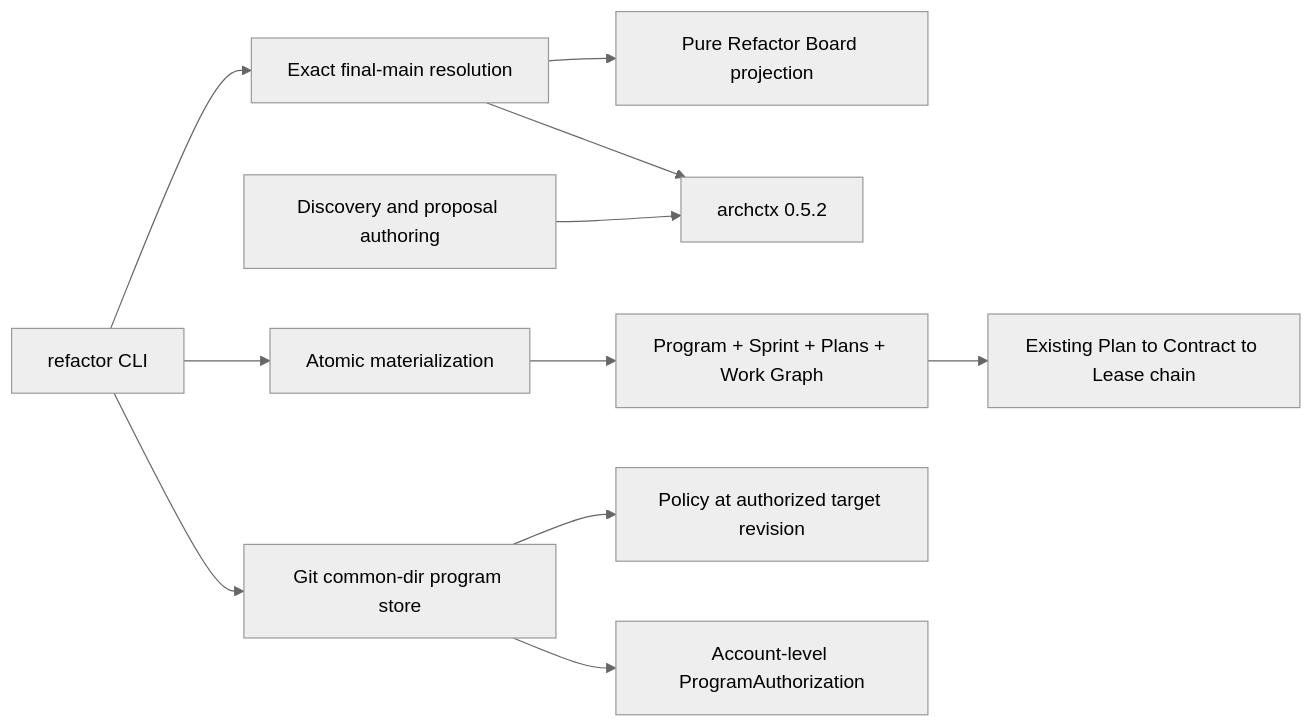
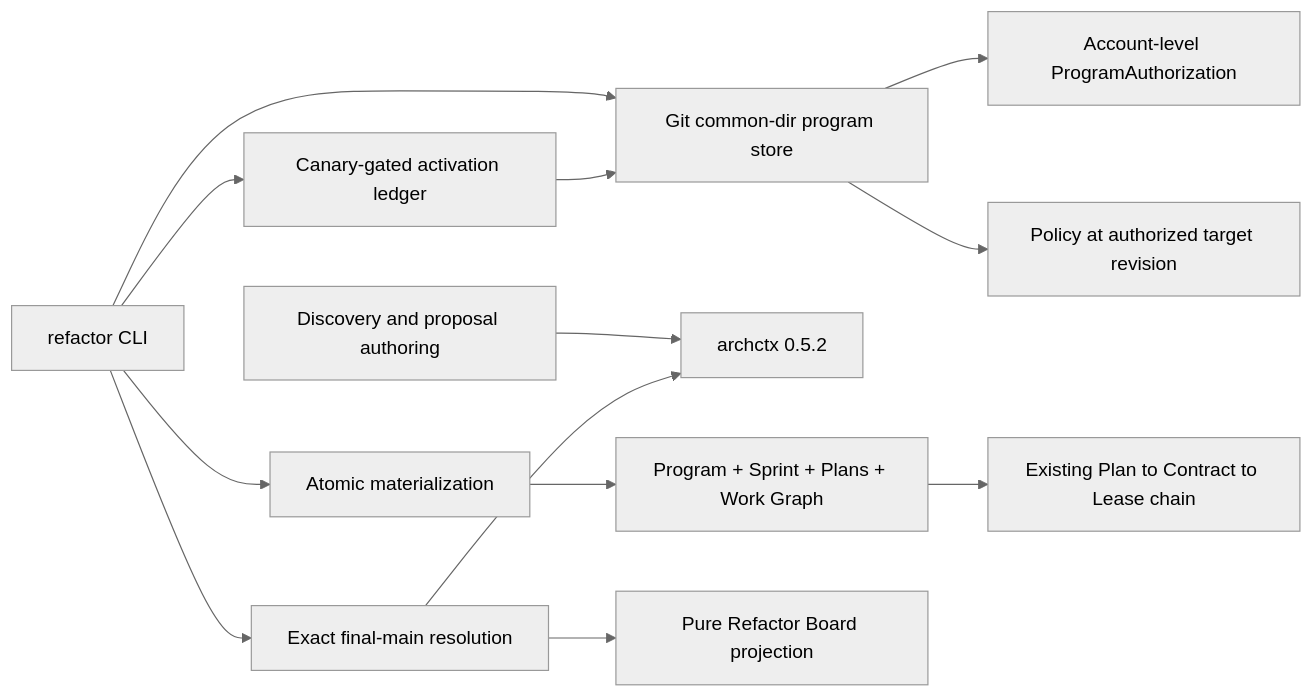
One commit to Ancienttwo/repo-harness changed the first of 2 diagrams in docs/architecture/modules/runtime-harness/refactor-program.md. Above: the diagram before and after it, drawn with Mermaid (neutral theme). The commit also changed other lines of this file and 17 other files, not shown here.

Commit message:
feat(refactor): gate activation with canary evidence

````diff
--- a/docs/architecture/modules/runtime-harness/refactor-program.md
+++ b/docs/architecture/modules/runtime-harness/refactor-program.md
@@ -63,13 +69,15 @@
 ```mermaid
 flowchart LR
   CLI[refactor CLI] --> Store[Git common-dir program store]
   Store --> Grant[Account-level ProgramAuthorization]
   Store --> Policy[Policy at authorized target revision]
   Discovery[Discovery and proposal authoring] --> ArchContext[archctx 0.5.2]
   CLI --> Materializer[Atomic materialization]
   Materializer --> Git[Program + Sprint + Plans + Work Graph]
   Git --> Contract[Existing Plan to Contract to Lease chain]
   CLI --> Resolution[Exact final-main resolution]
   Resolution --> ArchContext
   Resolution --> Board[Pure Refactor Board projection]
+  CLI --> Activation[Canary-gated activation ledger]
+  Activation --> Store
 ```
````
